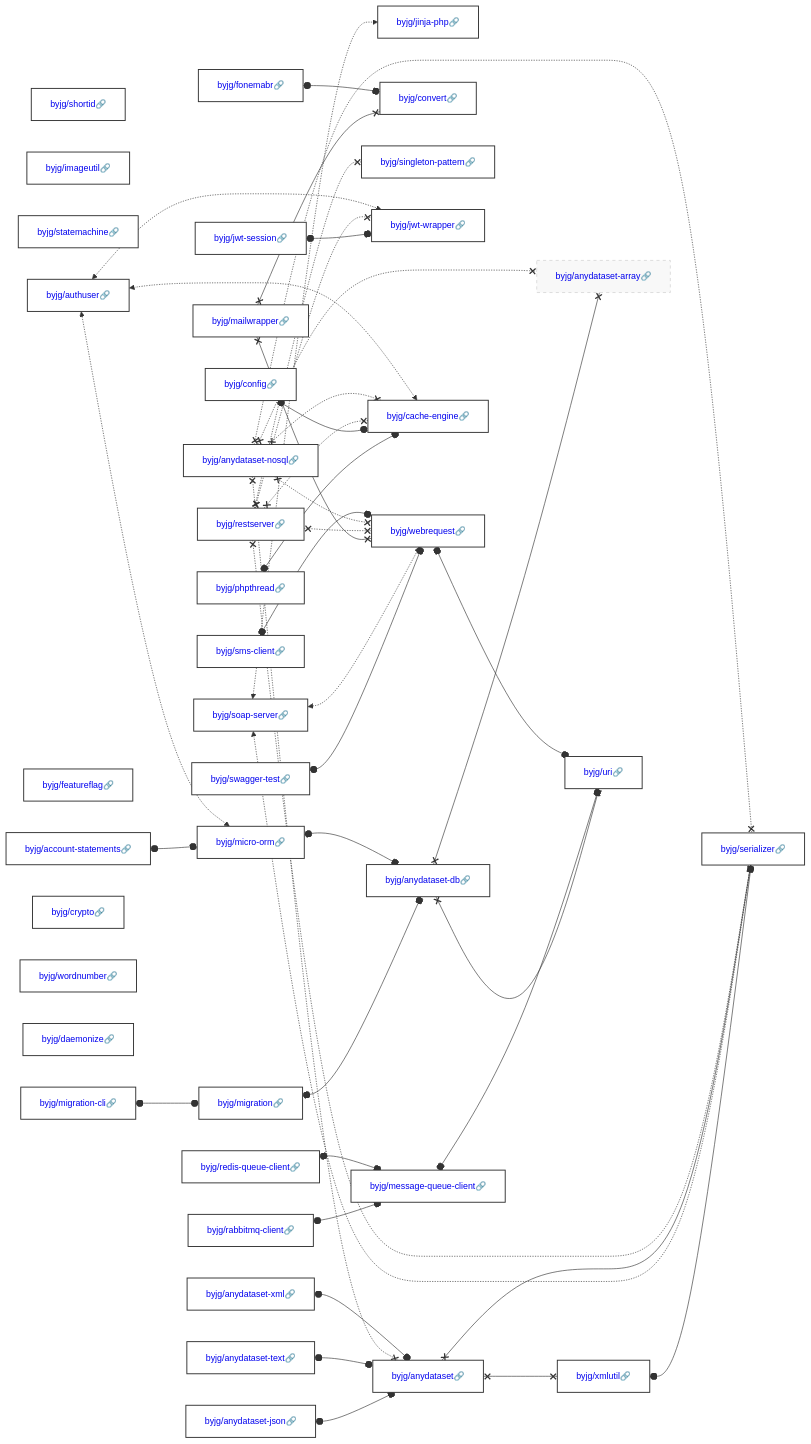
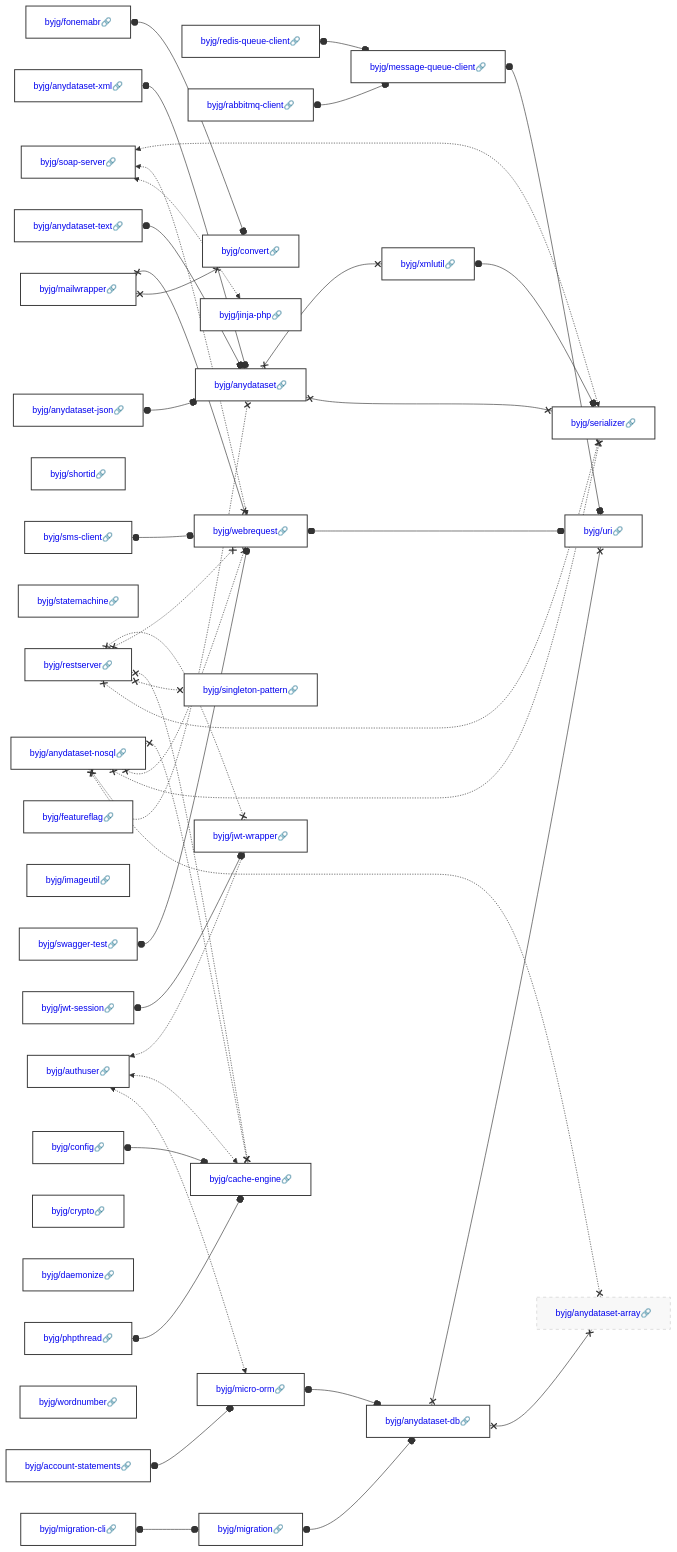
The diagram in docs/php/README.md (byjg/byjg.github.io), drawn with Mermaid before and after one commit. The commit also changed other lines of this file and 1 other file, not shown here.

Commit message:
Update documentation 'php' 'php-xmlutil'

````diff
--- a/docs/php/README.md
+++ b/docs/php/README.md
@@ -3,45 +3,45 @@
 ```mermaid
 graph LR;
-  byjg/anydataset-xml[<a href='https://opensource.byjg.com/docs/php/anydataset-xml' style='text-decoration:none'>byjg/anydataset-xml🔗</a>];
+  byjg/anydataset-json[<a href='https://opensource.byjg.com/docs/php/anydataset-json' style='text-decoration:none'>byjg/anydataset-json🔗</a>];
+  byjg/mailwrapper[<a href='https://opensource.byjg.com/docs/php/mailwrapper' style='text-decoration:none'>byjg/mailwrapper🔗</a>];
+  byjg/restserver[<a href='https://opensource.byjg.com/docs/php/restserver' style='text-decoration:none'>byjg/restserver🔗</a>];
+  byjg/authuser[<a href='https://opensource.byjg.com/docs/php/authuser' style='text-decoration:none'>byjg/authuser🔗</a>];
+  byjg/fonemabr[<a href='https://opensource.byjg.com/docs/php/fonemabr' style='text-decoration:none'>byjg/fonemabr🔗</a>];
+  byjg/anydataset-nosql[<a href='https://opensource.byjg.com/docs/php/anydataset-nosql' style='text-decoration:none'>byjg/anydataset-nosql🔗</a>];
+  byjg/shortid[<a href='https://opensource.byjg.com/docs/php/shortid' style='text-decoration:none'>byjg/shortid🔗</a>];
+  byjg/swagger-test[<a href='https://opensource.byjg.com/docs/php/swagger-test' style='text-decoration:none'>byjg/swagger-test🔗</a>];
+  byjg/statemachine[<a href='https://opensource.byjg.com/docs/php/statemachine' style='text-decoration:none'>byjg/statemachine🔗</a>];
+  byjg/sms-client[<a href='https://opensource.byjg.com/docs/php/sms-client' style='text-decoration:none'>byjg/sms-client🔗</a>];
   byjg/anydataset-text[<a href='https://opensource.byjg.com/docs/php/anydataset-text' style='text-decoration:none'>byjg/anydataset-text🔗</a>];
-  byjg/sms-client[<a href='https://opensource.byjg.com/docs/php/sms-client' style='text-decoration:none'>byjg/sms-client🔗</a>];
-  byjg/shortid[<a href='https://opensource.byjg.com/docs/php/shortid' style='text-decoration:none'>byjg/shortid🔗</a>];
+  byjg/featureflag[<a href='https://opensource.byjg.com/docs/php/featureflag' style='text-decoration:none'>byjg/featureflag🔗</a>];
+  byjg/redis-queue-client[<a href='https://opensource.byjg.com/docs/php/redis-queue-client' style='text-decoration:none'>byjg/redis-queue-client🔗</a>];
   byjg/imageutil[<a href='https://opensource.byjg.com/docs/php/imageutil' style='text-decoration:none'>byjg/imageutil🔗</a>];
   byjg/soap-server[<a href='https://opensource.byjg.com/docs/php/soap-server' style='text-decoration:none'>byjg/soap-server🔗</a>];
-  byjg/fonemabr[<a href='https://opensource.byjg.com/docs/php/fonemabr' style='text-decoration:none'>byjg/fonemabr🔗</a>];
-  byjg/redis-queue-client[<a href='https://opensource.byjg.com/docs/php/redis-queue-client' style='text-decoration:none'>byjg/redis-queue-client🔗</a>];
-  byjg/statemachine[<a href='https://opensource.byjg.com/docs/php/statemachine' style='text-decoration:none'>byjg/statemachine🔗</a>];
-  byjg/authuser[<a href='https://opensource.byjg.com/docs/php/authuser' style='text-decoration:none'>byjg/authuser🔗</a>];
+  byjg/phpthread[<a href='https://opensource.byjg.com/docs/php/phpthread' style='text-decoration:none'>byjg/phpthread🔗</a>];
+  byjg/account-statements[<a href='https://opensource.byjg.com/docs/php/account-statements' style='text-decoration:none'>byjg/account-statements🔗</a>];
+  byjg/anydataset-xml[<a href='https://opensource.byjg.com/docs/php/anydataset-xml' style='text-decoration:none'>byjg/anydataset-xml🔗</a>];
+  byjg/crypto[<a href='https://opensource.byjg.com/docs/php/crypto' style='text-decoration:none'>byjg/crypto🔗</a>];
+  byjg/daemonize[<a href='https://opensource.byjg.com/docs/php/daemonize' style='text-decoration:none'>byjg/daemonize🔗</a>];
+  byjg/jwt-session[<a href='https://opensource.byjg.com/docs/php/jwt-session' style='text-decoration:none'>byjg/jwt-session🔗</a>];
+  byjg/wordnumber[<a href='https://opensource.byjg.com/docs/php/wordnumber' style='text-decoration:none'>byjg/wordnumber🔗</a>];
   byjg/rabbitmq-client[<a href='https://opensource.byjg.com/docs/php/rabbitmq-client' style='text-decoration:none'>byjg/rabbitmq-client🔗</a>];
-  byjg/mailwrapper[<a href='https://opensource.byjg.com/docs/php/mailwrapper' style='text-decoration:none'>byjg/mailwrapper🔗</a>];
-  byjg/restserver[<a href='https://opensource.byjg.com/docs/php/restserver' style='text-decoration:none'>byjg/restserver🔗</a>];
-  byjg/featureflag[<a href='https://opensource.byjg.com/docs/php/featureflag' style='text-decoration:none'>byjg/featureflag🔗</a>];
   byjg/migration-cli[<a href='https://opensource.byjg.com/docs/php/migration-cli' style='text-decoration:none'>byjg/migration-cli🔗</a>];
   byjg/config[<a href='https://opensource.byjg.com/docs/php/config' style='text-decoration:none'>byjg/config🔗</a>];
-  byjg/crypto[<a href='https://opensource.byjg.com/docs/php/crypto' style='text-decoration:none'>byjg/crypto🔗</a>];
-  byjg/swagger-test[<a href='https://opensource.byjg.com/docs/php/swagger-test' style='text-decoration:none'>byjg/swagger-test🔗</a>];
-  byjg/phpthread[<a href='https://opensource.byjg.com/docs/php/phpthread' style='text-decoration:none'>byjg/phpthread🔗</a>];
-  byjg/wordnumber[<a href='https://opensource.byjg.com/docs/php/wordnumber' style='text-decoration:none'>byjg/wordnumber🔗</a>];
-  byjg/jwt-session[<a href='https://opensource.byjg.com/docs/php/jwt-session' style='text-decoration:none'>byjg/jwt-session🔗</a>];
-  byjg/daemonize[<a href='https://opensource.byjg.com/docs/php/daemonize' style='text-decoration:none'>byjg/daemonize🔗</a>];
-  byjg/anydataset-nosql[<a href='https://opensource.byjg.com/docs/php/anydataset-nosql' style='text-decoration:none'>byjg/anydataset-nosql🔗</a>];
-  byjg/account-statements[<a href='https://opensource.byjg.com/docs/php/account-statements' style='text-decoration:none'>byjg/account-statements🔗</a>];
-  byjg/anydataset-json[<a href='https://opensource.byjg.com/docs/php/anydataset-json' style='text-decoration:none'>byjg/anydataset-json🔗</a>];
+  byjg/singleton-pattern[<a href='https://opensource.byjg.com/docs/php/singleton-pattern' style='text-decoration:none'>byjg/singleton-pattern🔗</a>];
+  byjg/convert[<a href='https://opensource.byjg.com/docs/php/convert' style='text-decoration:none'>byjg/convert🔗</a>];
   byjg/jinja-php[<a href='https://opensource.byjg.com/docs/php/jinja-php' style='text-decoration:none'>byjg/jinja-php🔗</a>];
-  byjg/message-queue-client[<a href='https://opensource.byjg.com/docs/php/message-queue-client' style='text-decoration:none'>byjg/message-queue-client🔗</a>];
-  byjg/convert[<a href='https://opensource.byjg.com/docs/php/convert' style='text-decoration:none'>byjg/convert🔗</a>];
-  byjg/singleton-pattern[<a href='https://opensource.byjg.com/docs/php/singleton-pattern' style='text-decoration:none'>byjg/singleton-pattern🔗</a>];
-  byjg/migration[<a href='https://opensource.byjg.com/docs/php/migration' style='text-decoration:none'>byjg/migration🔗</a>];
-  byjg/jwt-wrapper[<a href='https://opensource.byjg.com/docs/php/jwt-wrapper' style='text-decoration:none'>byjg/jwt-wrapper🔗</a>];
   byjg/webrequest[<a href='https://opensource.byjg.com/docs/php/webrequest' style='text-decoration:none'>byjg/webrequest🔗</a>];
-  byjg/cache-engine[<a href='https://opensource.byjg.com/docs/php/cache-engine' style='text-decoration:none'>byjg/cache-engine🔗</a>];
   byjg/micro-orm[<a href='https://opensource.byjg.com/docs/php/micro-orm' style='text-decoration:none'>byjg/micro-orm🔗</a>];
   byjg/anydataset[<a href='https://opensource.byjg.com/docs/php/anydataset' style='text-decoration:none'>byjg/anydataset🔗</a>];
+  byjg/jwt-wrapper[<a href='https://opensource.byjg.com/docs/php/jwt-wrapper' style='text-decoration:none'>byjg/jwt-wrapper🔗</a>];
+  byjg/message-queue-client[<a href='https://opensource.byjg.com/docs/php/message-queue-client' style='text-decoration:none'>byjg/message-queue-client🔗</a>];
+  byjg/migration[<a href='https://opensource.byjg.com/docs/php/migration' style='text-decoration:none'>byjg/migration🔗</a>];
+  byjg/cache-engine[<a href='https://opensource.byjg.com/docs/php/cache-engine' style='text-decoration:none'>byjg/cache-engine🔗</a>];
+  byjg/xmlutil[<a href='https://opensource.byjg.com/docs/php/xmlutil' style='text-decoration:none'>byjg/xmlutil🔗</a>];
   byjg/anydataset-db[<a href='https://opensource.byjg.com/docs/php/anydataset-db' style='text-decoration:none'>byjg/anydataset-db🔗</a>];
-  byjg/xmlutil[<a href='https://opensource.byjg.com/docs/php/xmlutil' style='text-decoration:none'>byjg/xmlutil🔗</a>];
+  byjg/serializer[<a href='https://opensource.byjg.com/docs/php/serializer' style='text-decoration:none'>byjg/serializer🔗</a>];
   byjg/anydataset-array[<a href='https://opensource.byjg.com/docs/php/anydataset-array' style='text-decoration:none'>byjg/anydataset-array🔗</a>];
   byjg/uri[<a href='https://opensource.byjg.com/docs/php/uri' style='text-decoration:none'>byjg/uri🔗</a>];
-  byjg/serializer[<a href='https://opensource.byjg.com/docs/php/serializer' style='text-decoration:none'>byjg/serializer🔗</a>];
   byjg/xmlutil o--o byjg/serializer;
   byjg/rabbitmq-client o--o byjg/message-queue-client;
   byjg/migration o--o byjg/anydataset-db;
````
